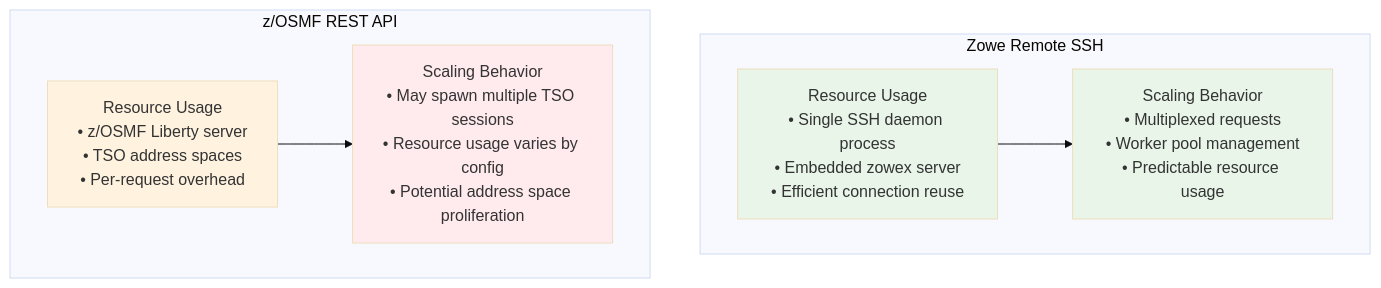
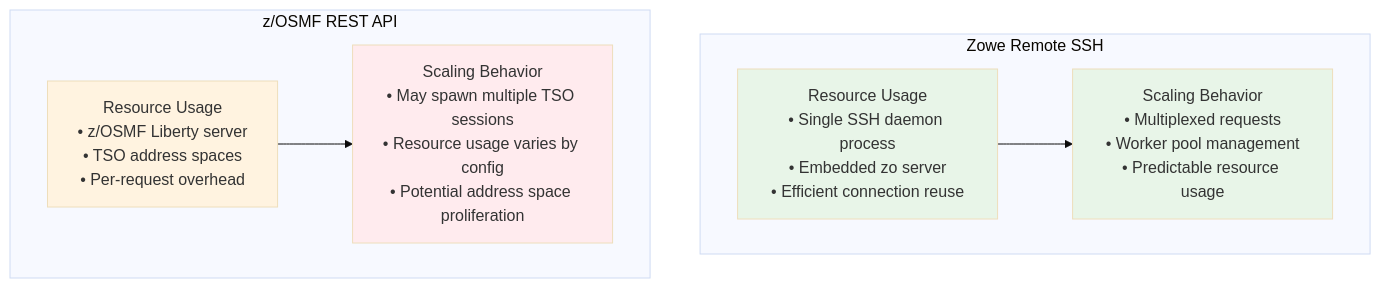
One commit to zowe/zowex changed the eighth of 13 diagrams in doc/architecture-comparisons.md. Above: the diagram before and after it, drawn with Mermaid (base theme). The commit also changed other lines of this file and 142 other files, not shown here.

````diff
--- a/doc/architecture-comparisons.md
+++ b/doc/architecture-comparisons.md
@@ -288,19 +288,19 @@
 ```mermaid
 graph TB
     subgraph "Zowe Remote SSH"
-        ZNP_RESOURCE["Resource Usage<br/>• Single SSH daemon process<br/>• Embedded zowex server<br/>• Efficient connection reuse"]
+        ZNP_RESOURCE["Resource Usage<br/>• Single SSH daemon process<br/>• Embedded zo server<br/>• Efficient connection reuse"]
         ZNP_SCALE["Scaling Behavior<br/>• Multiplexed requests<br/>• Worker pool management<br/>• Predictable resource usage"]
         ZNP_RESOURCE --> ZNP_SCALE
     end
 
     subgraph "z/OSMF REST API"
         ZOSMF_RESOURCE["Resource Usage<br/>• z/OSMF Liberty server<br/>• TSO address spaces<br/>• Per-request overhead"]
         ZOSMF_SCALE["Scaling Behavior<br/>• May spawn multiple TSO sessions<br/>• Resource usage varies by config<br/>• Potential address space proliferation"]
         ZOSMF_RESOURCE --> ZOSMF_SCALE
     end
 
     style ZNP_RESOURCE fill:#e8f5e8
     style ZNP_SCALE fill:#e8f5e8
     style ZOSMF_RESOURCE fill:#fff3e0
     style ZOSMF_SCALE fill:#ffebee
 ```
````
